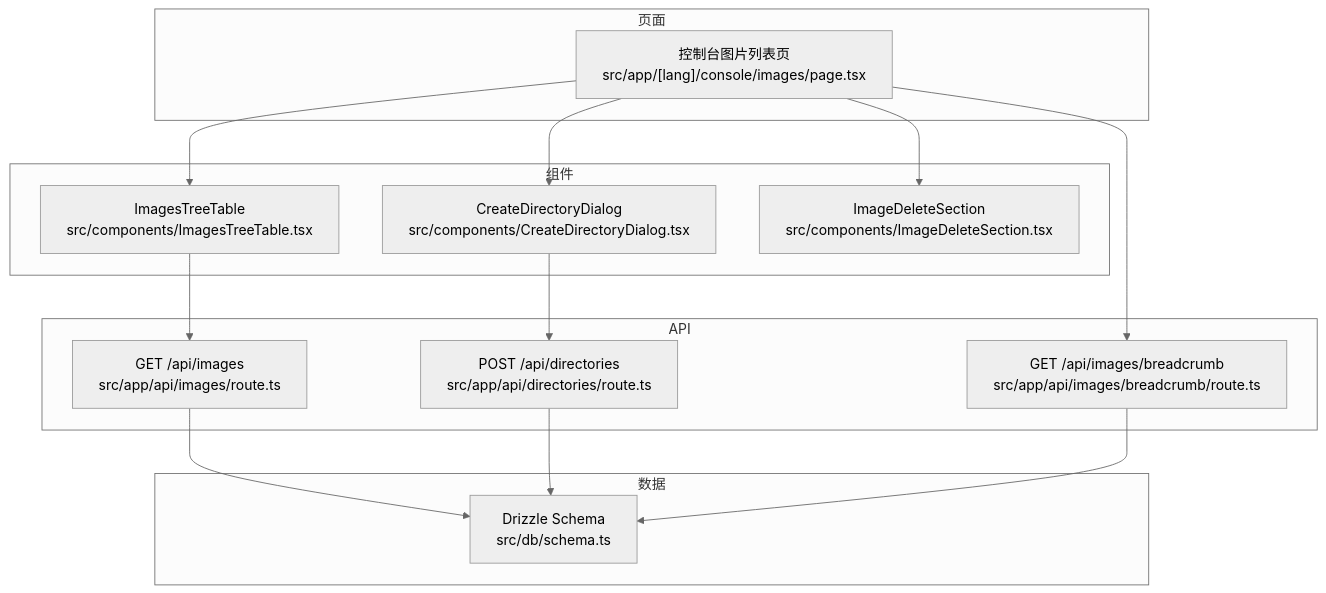
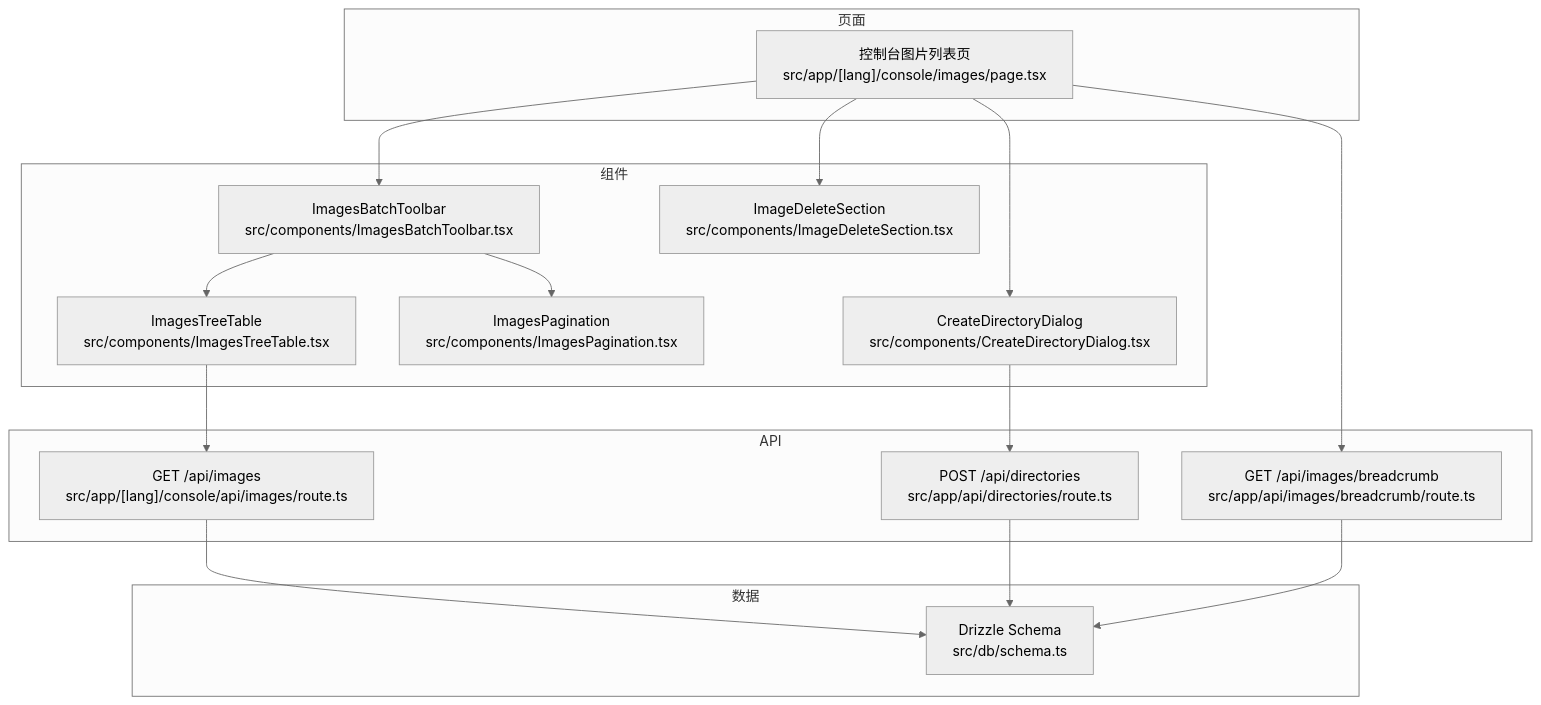
One commit to pnnh/weable changed the first of 7 diagrams in .qoder/repowiki/zh/content/前端组件/图片树形表格组件.md. Above: the diagram before and after it, drawn with Mermaid (neutral theme). The commit also changed other lines of this file and 154 other files, not shown here.

````diff
--- a/.qoder/repowiki/zh/content/前端组件/图片树形表格组件.md
+++ b/.qoder/repowiki/zh/content/前端组件/图片树形表格组件.md
@@ -52,28 +56,32 @@
 ```mermaid
 graph TB
 subgraph "页面"
 P["控制台图片列表页<br/>src/app/[lang]/console/images/page.tsx"]
 end
 subgraph "组件"
 T["ImagesTreeTable<br/>src/components/ImagesTreeTable.tsx"]
+B["ImagesBatchToolbar<br/>src/components/ImagesBatchToolbar.tsx"]
+PG["ImagesPagination<br/>src/components/ImagesPagination.tsx"]
 D["CreateDirectoryDialog<br/>src/components/CreateDirectoryDialog.tsx"]
 X["ImageDeleteSection<br/>src/components/ImageDeleteSection.tsx"]
 end
 subgraph "API"
-A1["GET /api/images<br/>src/app/api/images/route.ts"]
+A1["GET /api/images<br/>src/app/[lang]/console/api/images/route.ts"]
 A2["POST /api/directories<br/>src/app/api/directories/route.ts"]
 A3["GET /api/images/breadcrumb<br/>src/app/api/images/breadcrumb/route.ts"]
 end
 subgraph "数据"
 S["Drizzle Schema<br/>src/db/schema.ts"]
 end
-P --> T
+P --> B
+B --> T
+B --> PG
 P --> D
 P --> X
 T --> A1
 D --> A2
 P --> A3
 A1 --> S
 A2 --> S
 A3 --> S
 ```
````
